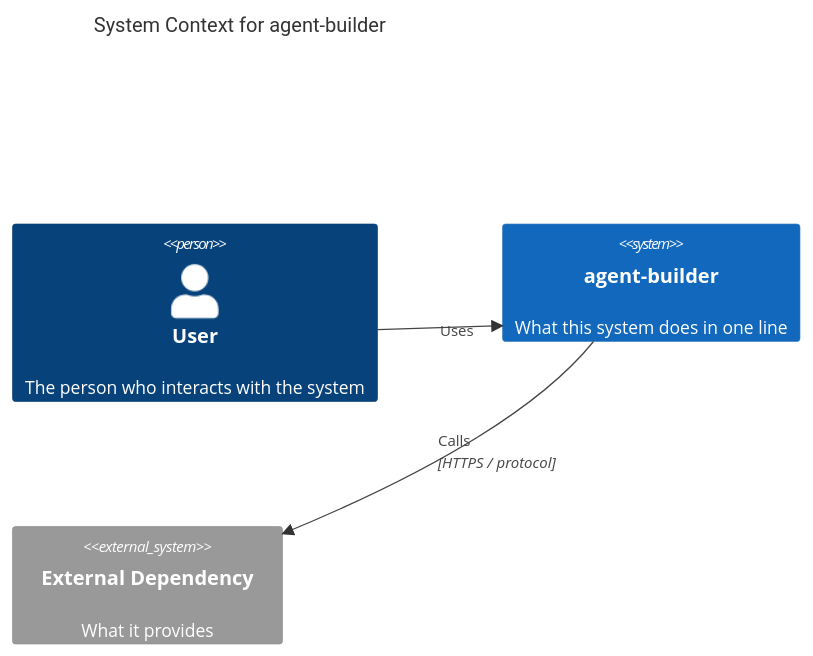
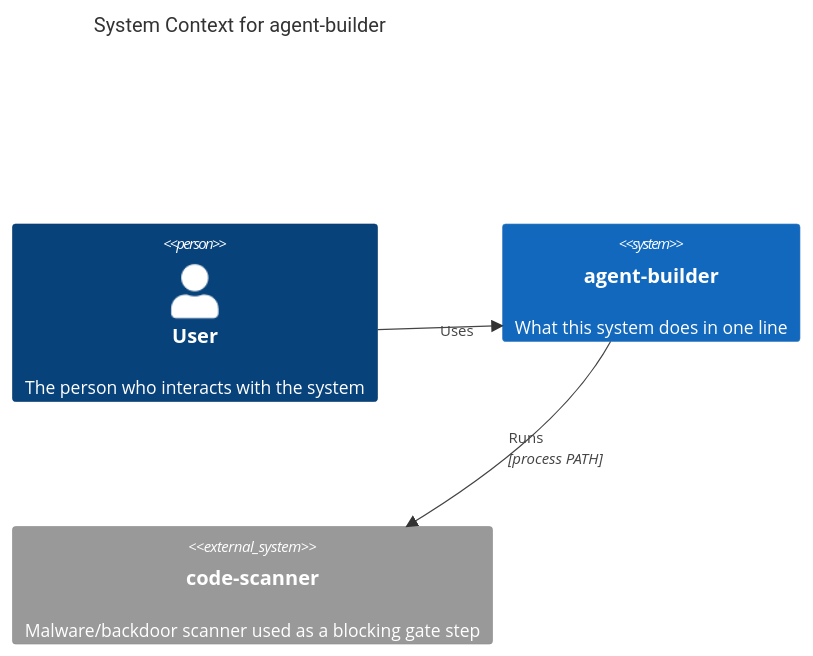
One commit to tkdtaylor/agent-builder changed the first of 4 diagrams in docs/architecture/diagrams.md. Above: the diagram before and after it, drawn with Mermaid. The commit also changed other lines of this file and 9 other files, not shown here.

Commit message:
feat: complete task 006 — code-scanner gate step

````diff
--- a/docs/architecture/diagrams.md
+++ b/docs/architecture/diagrams.md
@@ -20,11 +20,11 @@
 ```mermaid
 C4Context
     title System Context for agent-builder
 
     Person(user, "User", "The person who interacts with the system")
     System(system, "agent-builder", "What this system does in one line")
-    System_Ext(extDep, "External Dependency", "What it provides")
+    System_Ext(codeScanner, "code-scanner", "Malware/backdoor scanner used as a blocking gate step")
 
     Rel(user, system, "Uses")
-    Rel(system, extDep, "Calls", "HTTPS / protocol")
+    Rel(system, codeScanner, "Runs", "process PATH")
 ```
````
